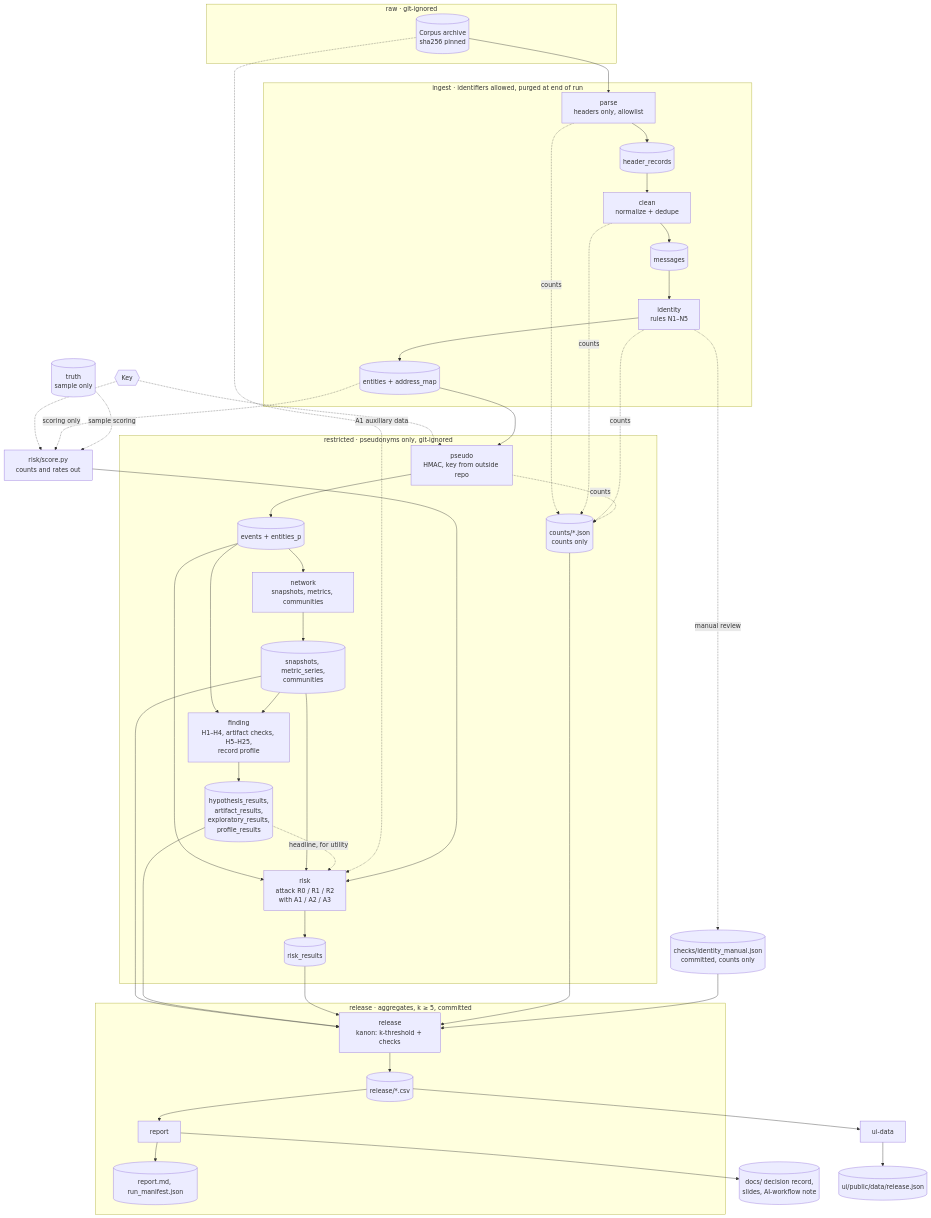
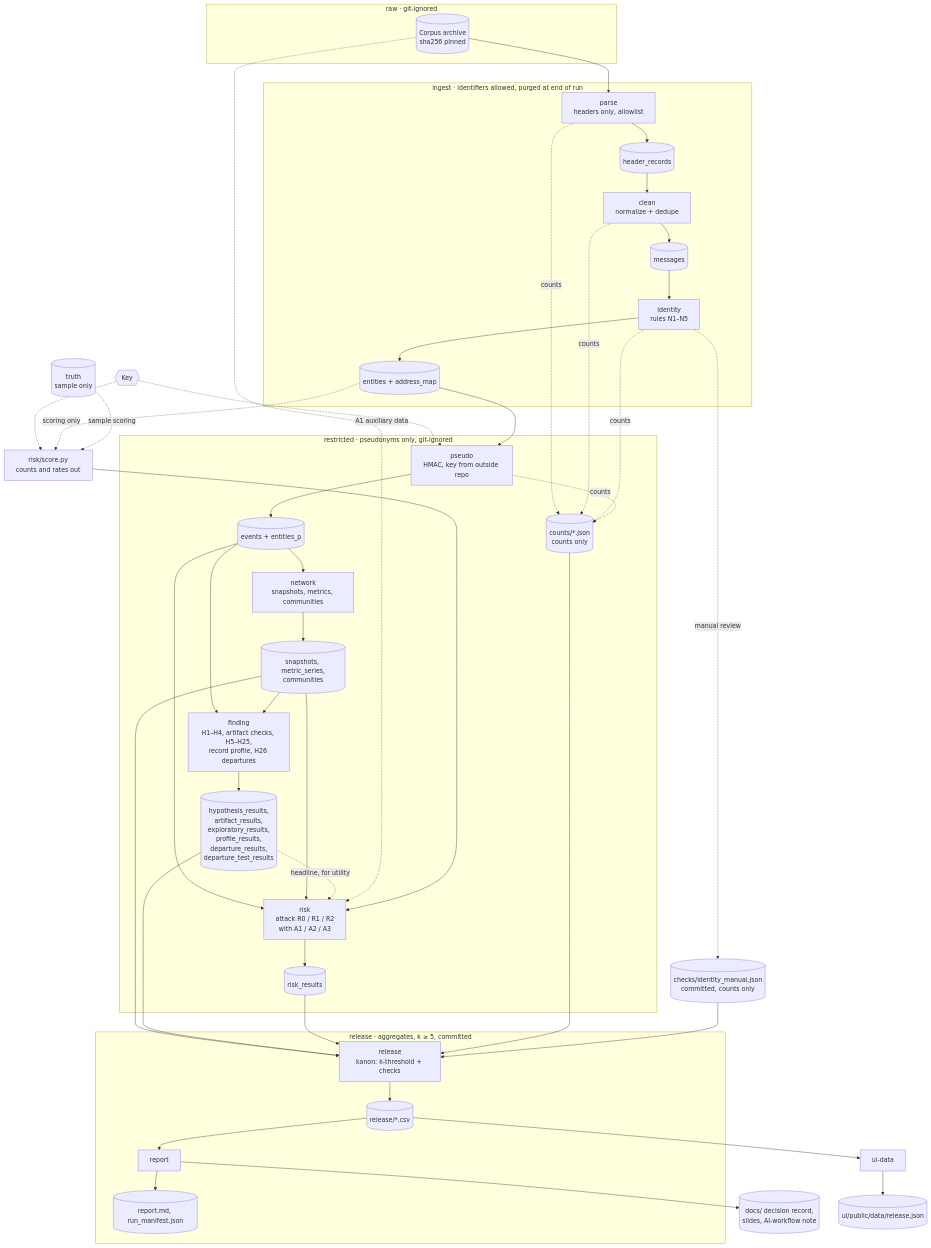
Before and after one commit to marcusvieira88/network-science: the first of 6 diagrams in docs/architecture.md, drawn with Mermaid. The commit also changed other lines of this file and 8 other files, not shown here.

````diff
--- a/docs/architecture.md
+++ b/docs/architecture.md
@@ -13,51 +13,51 @@
 ```mermaid
 flowchart TB
     subgraph RAW["raw · git-ignored"]
         A[(Corpus archive<br/>sha256 pinned)]
     end
     subgraph ING["ingest · identifiers allowed, purged at end of run"]
         S1[parse<br/>headers only, allowlist]
         S2[clean<br/>normalize + dedupe]
         S3[identity<br/>rules N1–N5]
         T1[(header_records)]
         T2[(messages)]
         T3[(entities + address_map)]
     end
     subgraph RES["restricted · pseudonyms only, git-ignored"]
         S4[pseudo<br/>HMAC, key from outside repo]
         T4[(events + entities_p)]
         S5[network<br/>snapshots, metrics, communities]
         T5[(snapshots, metric_series,<br/>communities)]
-        S6[finding<br/>H1–H4, artifact checks, H5–H25,<br/>record profile]
-        T6[(hypothesis_results,<br/>artifact_results,<br/>exploratory_results,<br/>profile_results)]
+        S6[finding<br/>H1–H4, artifact checks, H5–H25,<br/>record profile, H26 departures]
+        T6[(hypothesis_results,<br/>artifact_results,<br/>exploratory_results,<br/>profile_results,<br/>departure_results,<br/>departure_test_results)]
         S7[risk<br/>attack R0 / R1 / R2<br/>with A1 / A2 / A3]
         T7[(risk_results)]
         CT[(counts/*.json<br/>counts only)]
     end
     TR[(truth<br/>sample only)]
     CK[(checks/identity_manual.json<br/>committed, counts only)]
     subgraph REL["release · aggregates, k ≥ 5, committed"]
         S8[release<br/>kanon: k-threshold + checks]
         T8[(release/*.csv)]
         S9[report]
         RP[(report.md, run_manifest.json)]
     end
     DOCS[(docs/ decision record,<br/>slides, AI-workflow note)]
     UI[(ui/public/data/release.json)]
     S10[ui-data]
     K{{Key}} -.-> S4
     K -.-> SC
     A --> S1 --> T1 --> S2 --> T2 --> S3 --> T3 --> S4 --> T4
     T4 --> S5 --> T5
     T4 & T5 --> S6 --> T6
     T4 & T5 --> S7 --> T7
     T6 -. headline, for utility .-> S7
     A -. A1 auxiliary data .-> S7
     T3 -. scoring only .-> SC[risk/score.py<br/>counts and rates out] --> S7
     TR -. sample scoring .-> SC
     S1 & S2 & S3 & S4 -. counts .-> CT
     S3 -. manual review .-> CK
     T5 & T6 & T7 & CT & CK --> S8 --> T8 --> S9 --> RP
     S9 --> DOCS
     T8 --> S10 --> UI
 ```
````
